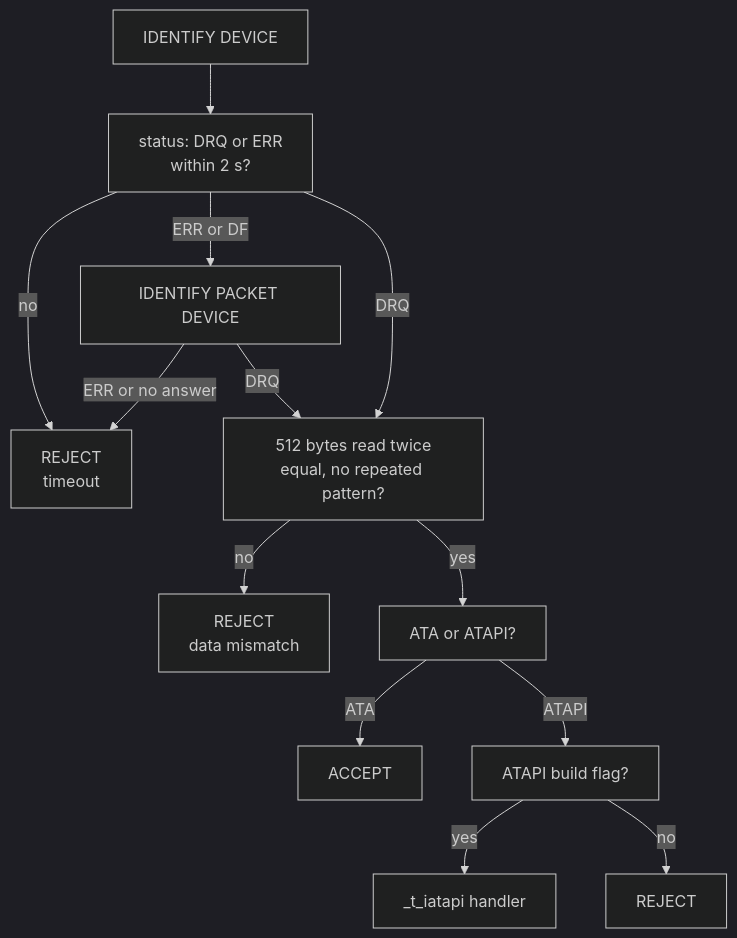
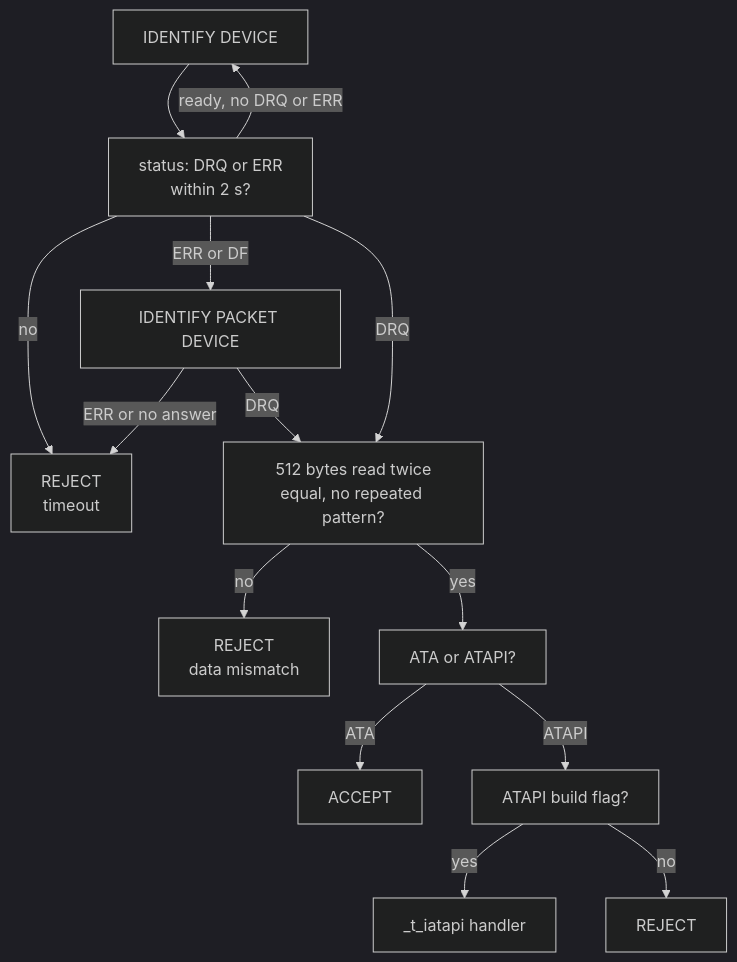
One commit to pulchart/cfd changed the second of 5 diagrams in README.md. Above: the diagram before and after it, drawn with Mermaid (dark theme). The commit also changed other lines of this file and 1 other file, not shown here.

First line of the commit message:
cfd: send IDENTIFY again when the card drops it

````diff
--- a/README.md
+++ b/README.md
@@ -323,15 +323,16 @@
 ```mermaid
 flowchart TD
     Identify["IDENTIFY DEVICE"] --> Answer["status: DRQ or ERR<br/>within 2 s?"]
+    Answer -->|"ready, no DRQ or ERR"| Identify
     Answer -->|no| RejectTimeout["REJECT<br/>timeout"]
     Answer -->|ERR or DF| Packet["IDENTIFY PACKET DEVICE"]
     Packet -->|"ERR or no answer"| RejectTimeout
     Packet -->|DRQ| Data
     Answer -->|DRQ| Data["512 bytes read twice<br/>equal, no repeated pattern?"]
     Data -->|no| RejectData["REJECT<br/>data mismatch"]
     Data -->|yes| Kind["ATA or ATAPI?"]
     Kind -->|ATA| Accept["ACCEPT"]
     Kind -->|ATAPI| AtapiBranch["ATAPI build flag?"]
     AtapiBranch -->|yes| Iatapi["_t_iatapi handler"]
     AtapiBranch -->|no| RejectAtapi["REJECT"]
 ```
````
